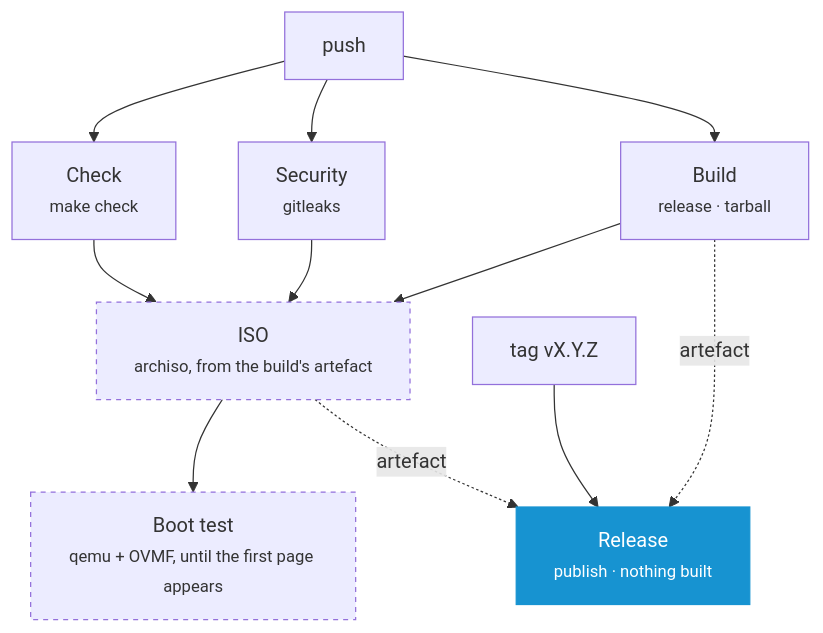
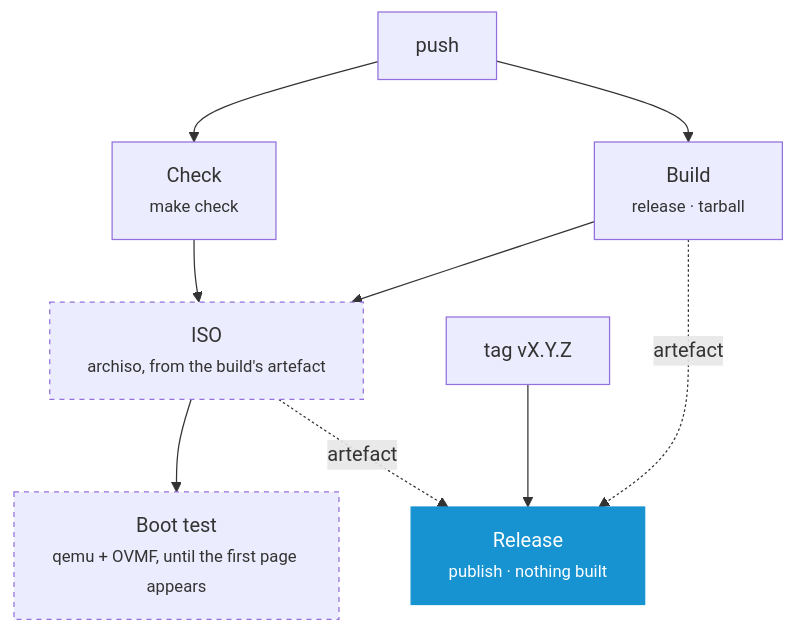
One commit to murkl/arch-os changed the second of 2 diagrams in docs/CONTRIBUTING.md. Above: the diagram before and after it, drawn with Mermaid. The commit also changed other lines of this file and 12 other files, not shown here.

````diff
--- a/docs/CONTRIBUTING.md
+++ b/docs/CONTRIBUTING.md
@@ -68,17 +76,15 @@
 ```mermaid
 flowchart TD
     P["push"] --> C["Check<br/><small>make check</small>"]
-    P --> S["Security<br/><small>gitleaks</small>"]
     P --> B["Build<br/><small>release · tarball</small>"]
     C --> I
-    S --> I
     B --> I["ISO<br/><small>archiso, from the build's artefact</small>"]
     I --> K["Boot test<br/><small>qemu + OVMF, until the first page appears</small>"]
     T["tag vX.Y.Z"] --> R["Release<br/><small>publish · nothing built</small>"]
     B -.->|"artefact"| R
     I -.->|"artefact"| R
 
     style I stroke-dasharray: 4 4
     style K stroke-dasharray: 4 4
     style R fill:#1793d1,stroke:#1793d1,color:#fff
 ```
````
